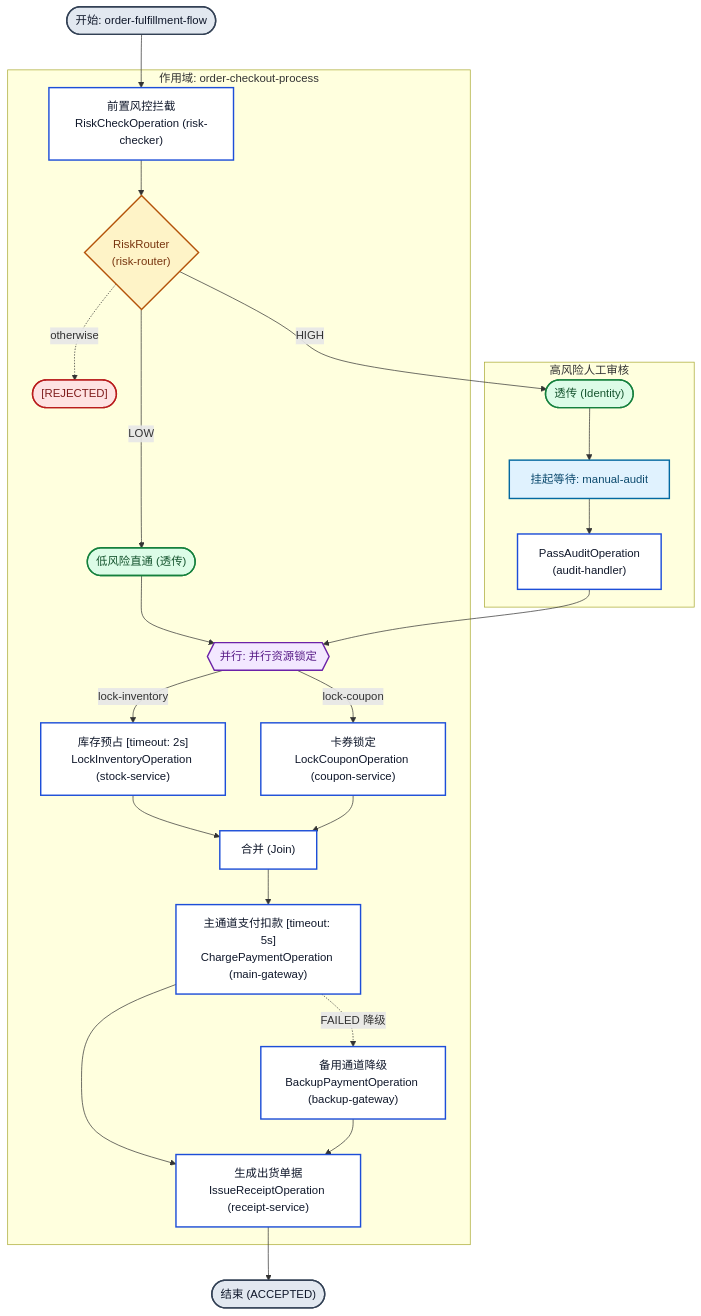
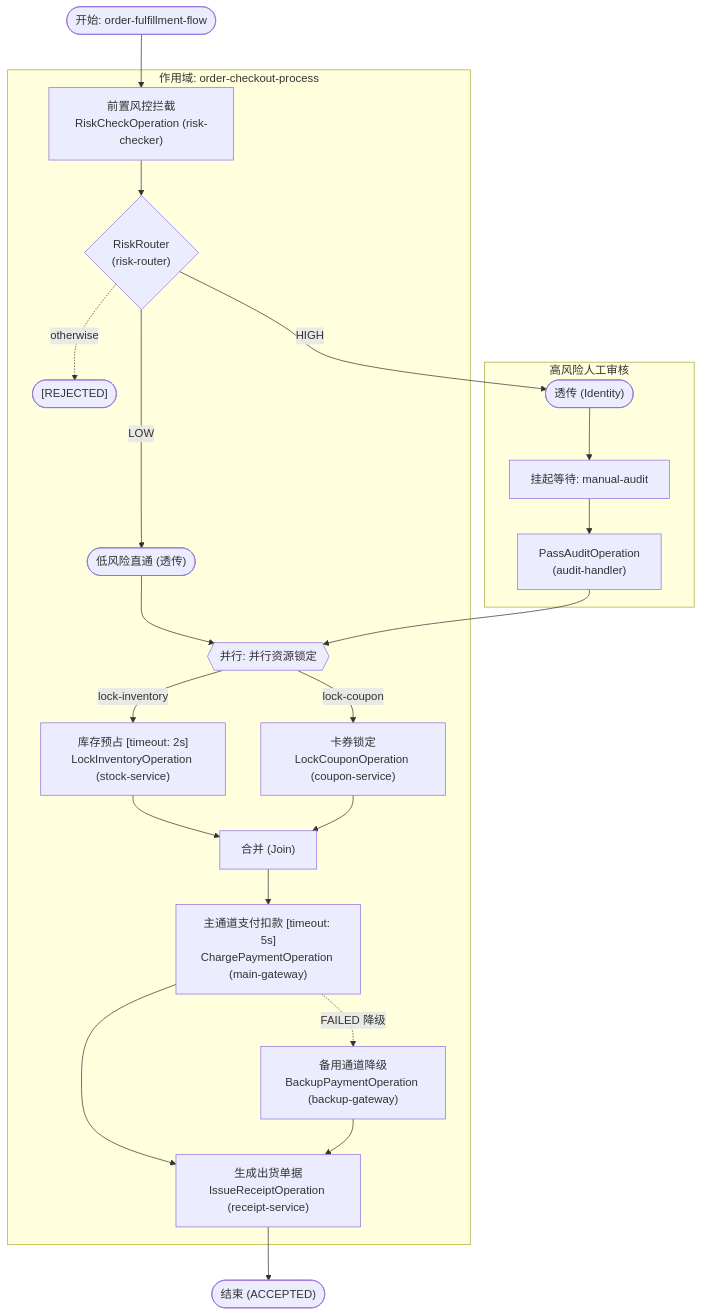
One commit to team4u/team4u-framework changed the second of 2 diagrams in docs/flow/flow-graph.md. Above: the diagram before and after it, drawn with Mermaid. The commit also changed 2 other files, not shown here.

Commit message:
style(flow-graph): use Mermaid native default theme without custom CSS styles

````diff
--- a/docs/flow/flow-graph.md
+++ b/docs/flow/flow-graph.md
@@ -161,75 +161,60 @@
 ```mermaid
 flowchart TD
     flow_start(["开始: order-fulfillment-flow"])
     n1["前置风控拦截<br/>RiskCheckOperation (risk-checker)"]
     n2(["低风险直通 (透传)"])
     n3(["透传 (Identity)"])
     n4["挂起等待: manual-audit"]
     n5["PassAuditOperation<br/>(audit-handler)"]
     n7(["[REJECTED]"])
     n8{"RiskRouter<br/>(risk-router)"}
     n9["库存预占 [timeout: 2s]<br/>LockInventoryOperation (stock-service)"]
     n10["卡券锁定<br/>LockCouponOperation (coupon-service)"]
     n11{{"并行: 并行资源锁定"}}
     n12["合并 (Join)"]
     n13["主通道支付扣款 [timeout: 5s]<br/>ChargePaymentOperation (main-gateway)"]
     n14["备用通道降级<br/>BackupPaymentOperation (backup-gateway)"]
     n15["生成出货单据<br/>IssueReceiptOperation (receipt-service)"]
     flow_end(["结束 (ACCEPTED)"])
 
     subgraph sg_n6 ["高风险人工审核"]
         n3
         n4
         n5
     end
     subgraph sg_n16 ["作用域: order-checkout-process"]
         n1
         n8
         n2
         n3
         n4
         n5
         n7
         n11
         n9
         n10
         n12
         n13
         n14
         n15
     end
 
     n3 --> n4
     n4 --> n5
     n8 -->|LOW| n2
     n8 -->|HIGH| n3
     n8 -.->|otherwise| n7
     n11 -->|lock-inventory| n9
     n11 -->|lock-coupon| n10
     n9 --> n12
     n10 --> n12
     n13 -.->|FAILED 降级| n14
     n1 --> n8
     n2 --> n11
     n5 --> n11
     n12 --> n13
     n13 --> n15
     n14 --> n15
     flow_start --> n1
     n15 --> flow_end
-
-    classDef startEnd fill:#e2e8f0,stroke:#334155,stroke-width:2px,color:#0f172a;
-    classDef actionNode fill:#ffffff,stroke:#1d4ed8,stroke-width:2px,color:#0f172a;
-    classDef routeNode fill:#fef3c7,stroke:#b45309,stroke-width:2px,color:#78350f;
-    classDef parallelNode fill:#f3e8ff,stroke:#6b21a8,stroke-width:2px,color:#581c87;
-    classDef awaitNode fill:#e0f2fe,stroke:#0369a1,stroke-width:2px,color:#0c4a6e;
-    classDef successNode fill:#dcfce7,stroke:#15803d,stroke-width:2px,color:#14532d;
-    classDef dangerNode fill:#fee2e2,stroke:#b91c1c,stroke-width:2px,color:#7f1d1d;
-    class flow_start,flow_end startEnd;
-    class n1,n5,n9,n10,n12,n13,n14,n15 actionNode;
-    class n8 routeNode;
-    class n11 parallelNode;
-    class n4 awaitNode;
-    class n2,n3 successNode;
-    class n7 dangerNode;
 ```
````
